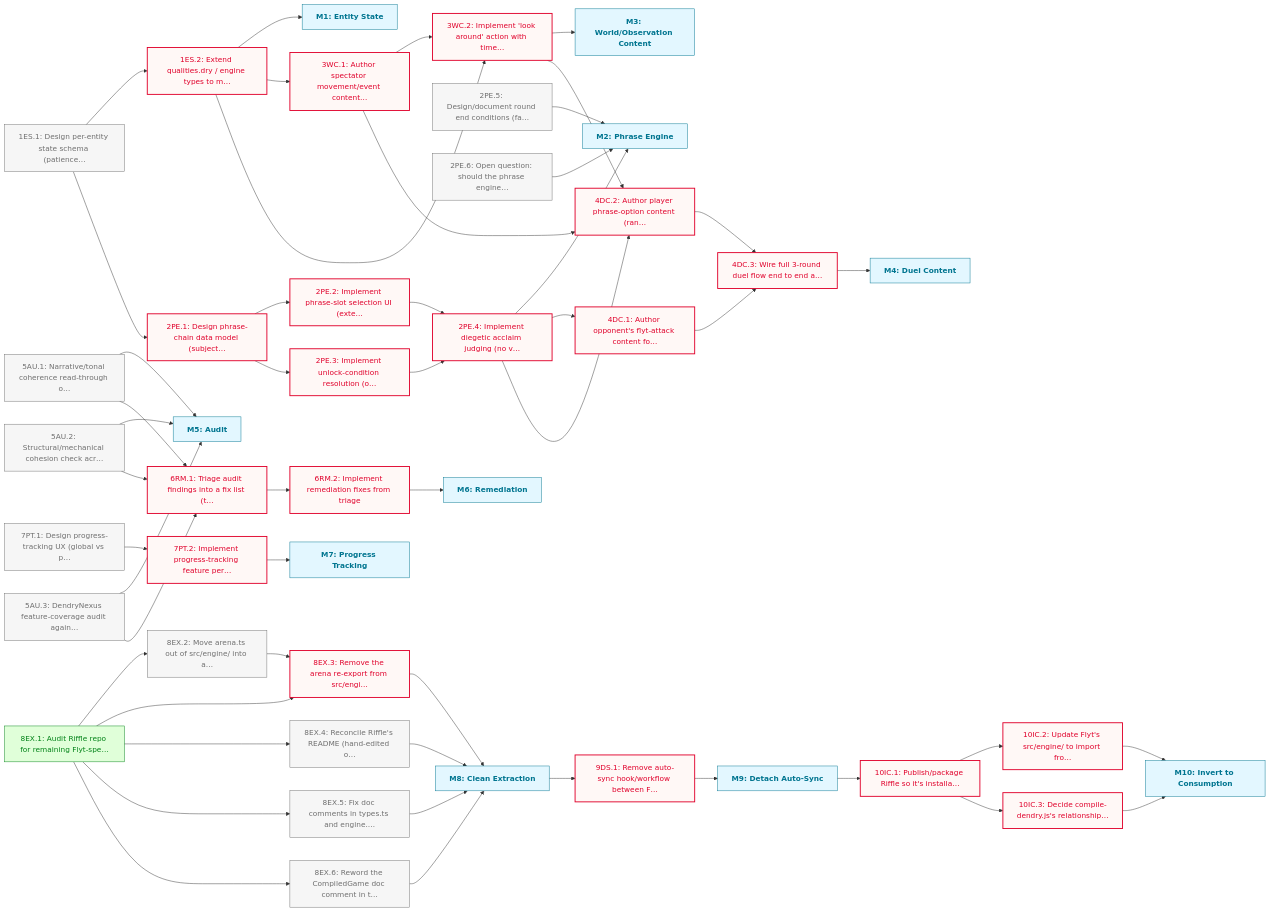
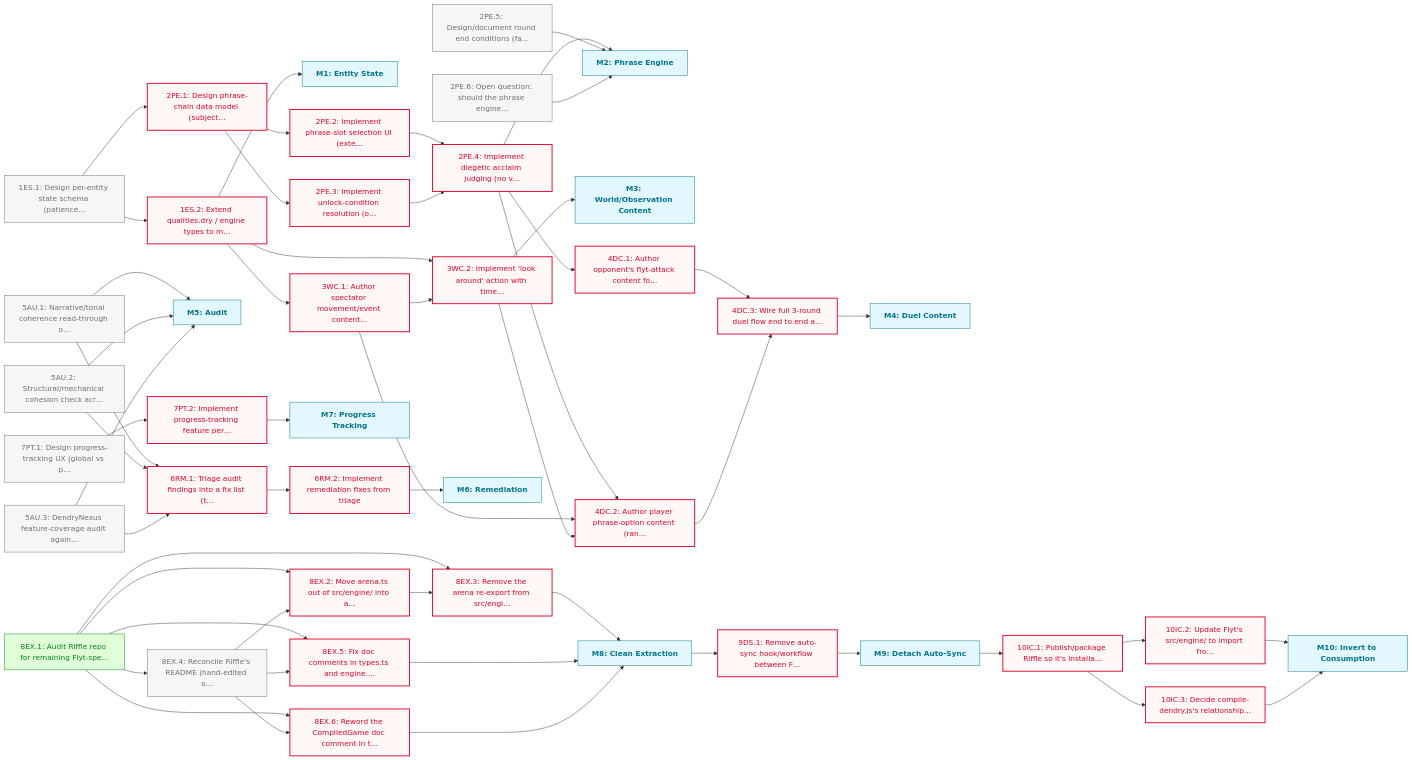
The diagram in docs/roadmaps/FOUNDATIONS.md (JasonWarrenUK/flyt), drawn with Mermaid before and after one commit. The commit also changed other lines of this file and 2 other files, not shown here.

First line of the commit message:
fix(roadmap): sequence 8EX.4 before other Clean Extraction tasks

````diff
--- a/docs/roadmaps/FOUNDATIONS.md
+++ b/docs/roadmaps/FOUNDATIONS.md
@@ -157,9 +157,9 @@
 	7PT.2["7PT.2: Implement progress-tracking feature per…"]
 	M7["M7: Progress Tracking"]:::mile
 	8EX.1["8EX.1: Audit Riffle repo for remaining Flyt-spe…"]
+	8EX.4["8EX.4: Reconcile Riffle's README (hand-edited o…"]
 	8EX.2["8EX.2: Move arena.ts out of src/engine/ into a…"]
 	8EX.3["8EX.3: Remove the arena re-export from src/engi…"]
-	8EX.4["8EX.4: Reconcile Riffle's README (hand-edited o…"]
 	8EX.5["8EX.5: Fix doc comments in types.ts and engine.…"]
 	8EX.6["8EX.6: Reword the CompiledGame doc comment in t…"]
 	M8["M8: Clean Extraction"]:::mile
@@ -200,14 +200,16 @@
 	6RM.2 --> M6
 	7PT.1 --> 7PT.2
 	7PT.2 --> M7
+	8EX.1 --> 8EX.4
 	8EX.1 --> 8EX.2
 	8EX.1 --> 8EX.3
-	8EX.1 --> 8EX.4
 	8EX.1 --> 8EX.5
 	8EX.1 --> 8EX.6
+	8EX.4 --> 8EX.2
+	8EX.4 --> 8EX.5
+	8EX.4 --> 8EX.6
 	8EX.2 --> 8EX.3
 	8EX.3 --> M8
-	8EX.4 --> M8
 	8EX.5 --> M8
 	8EX.6 --> M8
 	M8 --> 9DS.1
@@ -217,7 +219,7 @@
 	10IC.1 --> 10IC.3
 	10IC.2 --> M10
 	10IC.3 --> M10
-	class 1ES.1,2PE.5,2PE.6,5AU.1,5AU.2,5AU.3,7PT.1,8EX.2,8EX.4,8EX.5,8EX.6 todo
-	class 10IC.1,10IC.2,10IC.3,1ES.2,2PE.1,2PE.2,2PE.3,2PE.4,3WC.1,3WC.2,4DC.1,4DC.2,4DC.3,6RM.1,6RM.2,7PT.2,8EX.3,9DS.1 blocked
+	class 1ES.1,2PE.5,2PE.6,5AU.1,5AU.2,5AU.3,7PT.1,8EX.4 todo
+	class 10IC.1,10IC.2,10IC.3,1ES.2,2PE.1,2PE.2,2PE.3,2PE.4,3WC.1,3WC.2,4DC.1,4DC.2,4DC.3,6RM.1,6RM.2,7PT.2,8EX.2,8EX.3,8EX.5,8EX.6,9DS.1 blocked
 	class 8EX.1 done
 ```
````
